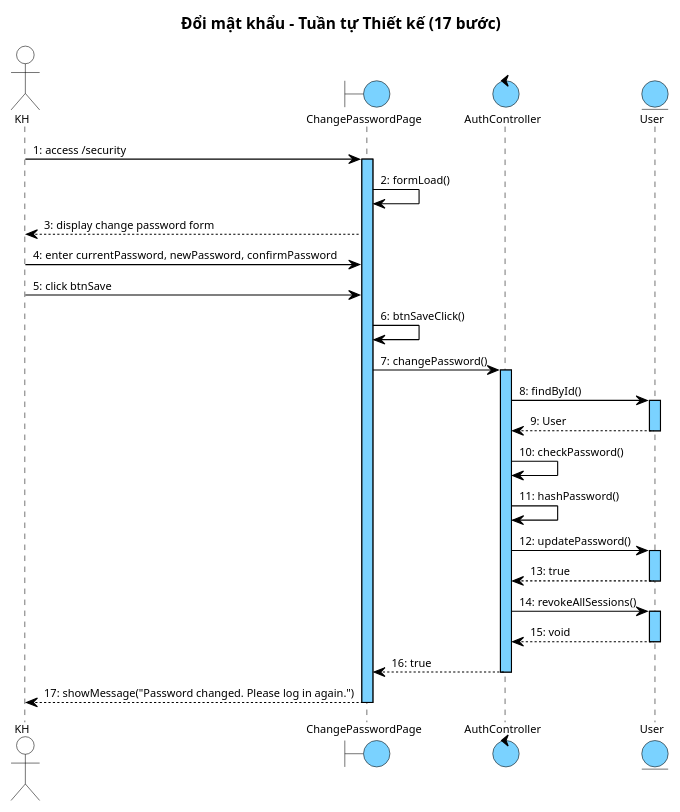
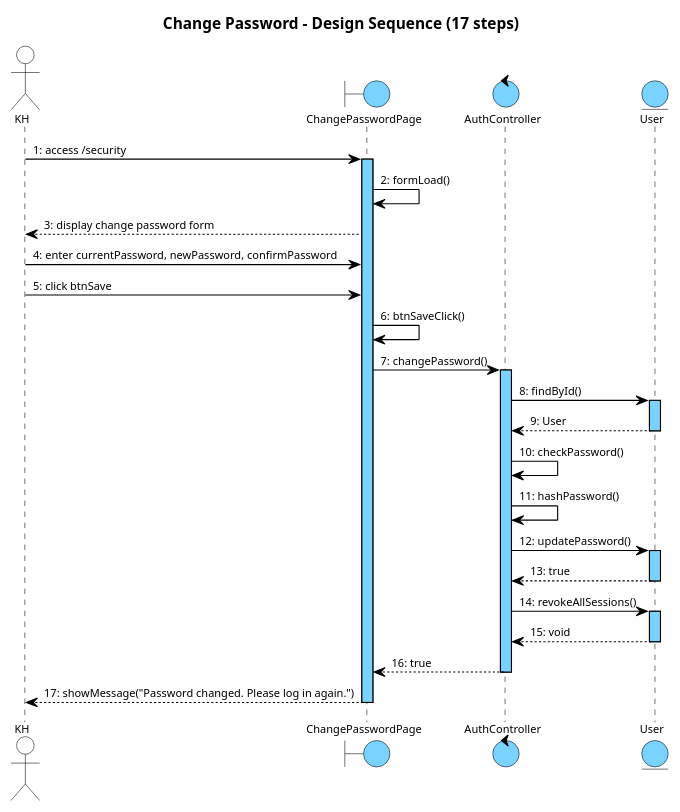
One commit to thanhtrnnn/cnpm changed the sixth of 8 diagrams in docs/tabs/account/iii-design.md. Above: the diagram before and after it, drawn with PlantUML. The commit also changed other lines of this file and 13 other files, not shown here.

First line of the commit message:
fix: English-only sequence diagrams + independent abstractNum per numbered list

```diff
--- a/docs/tabs/account/iii-design.md
+++ b/docs/tabs/account/iii-design.md
@@ -866,7 +866,7 @@
   }
 }
 </style>
-title Đổi mật khẩu – Tuần tự Thiết kế (17 bước)
+title Change Password – Design Sequence (17 steps)
 
 actor "KH" as KH
 boundary ChangePasswordPage as B1
```
